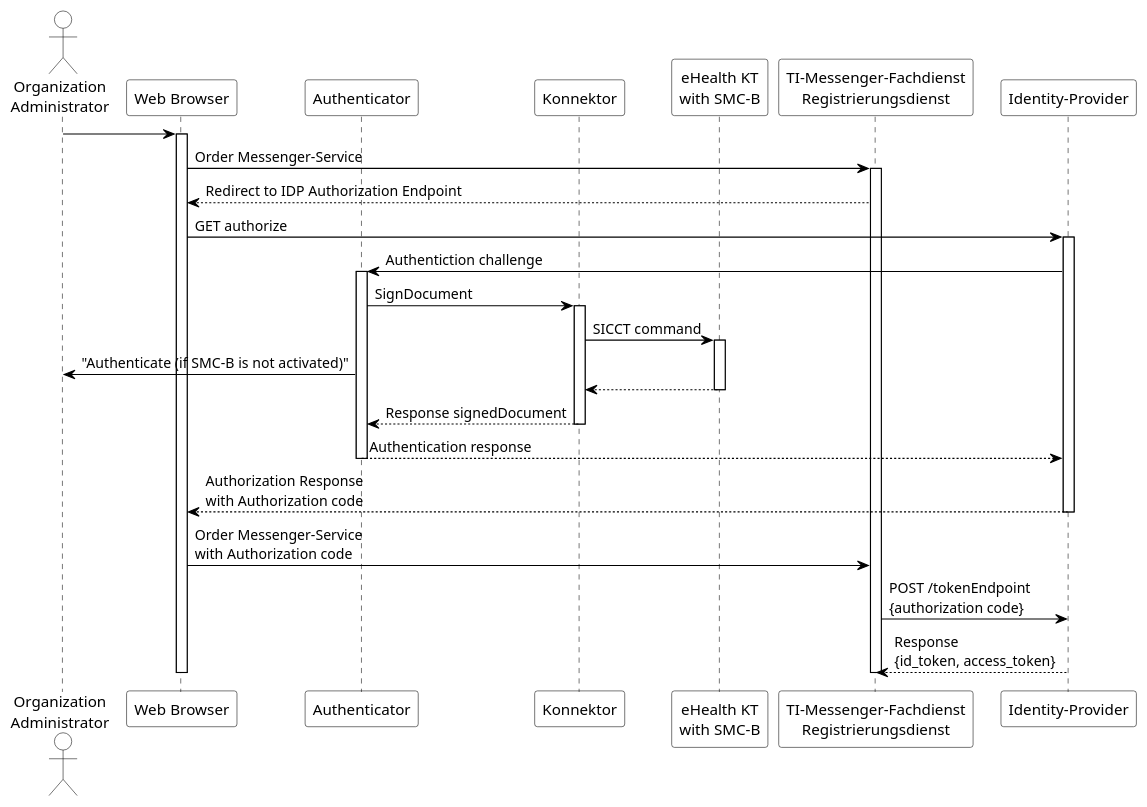
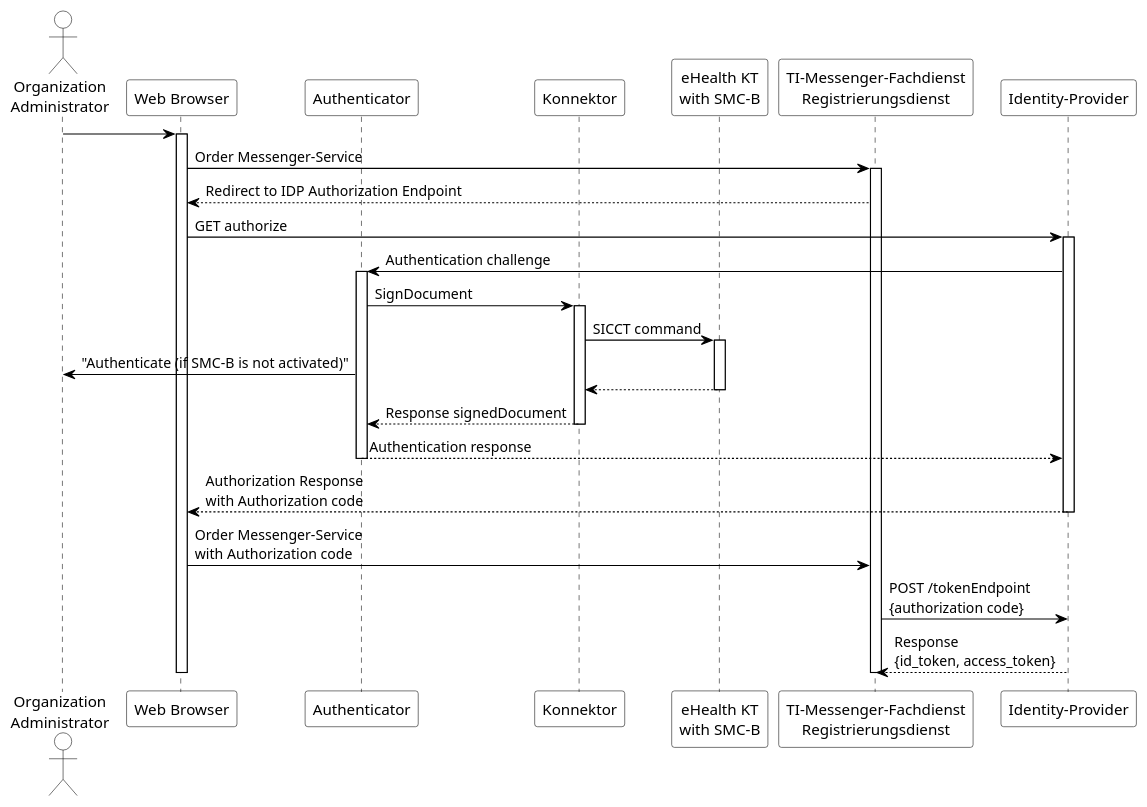
The diagram in src/plantuml/TI-Messenger, Sequenzdiagramm Bestellung eines TI-Messenger Service.puml (gematik/api-ti-messenger), drawn with PlantUML before and after one commit.

Commit message:
small change

```diff
--- a/src/plantuml/TI-Messenger, Sequenzdiagramm Bestellung eines TI-Messenger Service.puml
+++ b/src/plantuml/TI-Messenger, Sequenzdiagramm Bestellung eines TI-Messenger Service.puml
@@ -1,58 +1,58 @@
 @startuml
 skinparam dpi 100
 skinparam WrapWidth 200
 'skinparam monochrome true
 skinparam sequence {
 ArrowColor black
 ActorBorderColor black
 LifeLineBorderColor black
 Background transparent
 
 ParticipantBorderColor black
 ParticipantBackgroundColor transparent
 ParticipantFontColor black
 
 ActorBackgroundColor transparent
 ActorFontColor black
 }
 
 'title "TI-M, Sequenzdiagramm Bestellung eines Messenger-Service"
 actor oa as "Organization\nAdministrator"
 participant wb as "Web Browser"
 participant au as "Authenticator"
 participant ko as "Konnektor"
 participant kt as "eHealth KT\nwith SMC-B"
 participant rd as "TI-Messenger-Fachdienst\nRegistrierungsdienst"
 participant ip as "Identity-Provider"
 
 oa -> wb
 activate wb
 wb -> rd: Order Messenger-Service
 activate rd
 rd --> wb: Redirect to IDP Authorization Endpoint
 wb -> ip: GET authorize
 activate ip
-ip -> au: Authentiction challenge
+ip -> au: Authentication challenge
 'wb -> au: Authentication
 activate au
 au -> ko: SignDocument
 activate ko
 ko -> kt: SICCT command
 activate kt
 au -> oa: "Authenticate (if SMC-B is not activated)"
 kt --> ko
 deactivate kt
 ko --> au: Response signedDocument
 deactivate ko
 'au -->wb: Authentication response
 au -->ip: Authentication response
 deactivate au
 ip --> wb: Authorization Response\nwith Authorization code
 deactivate ip
 wb -> rd: Order Messenger-Service\nwith Authorization code
 'rd --> wb: Order Response
 rd -> ip: POST /tokenEndpoint\n{authorization code}
 ip --> rd: Response\n{id_token, access_token}
 deactivate rd
 deactivate wb
 @enduml
```
